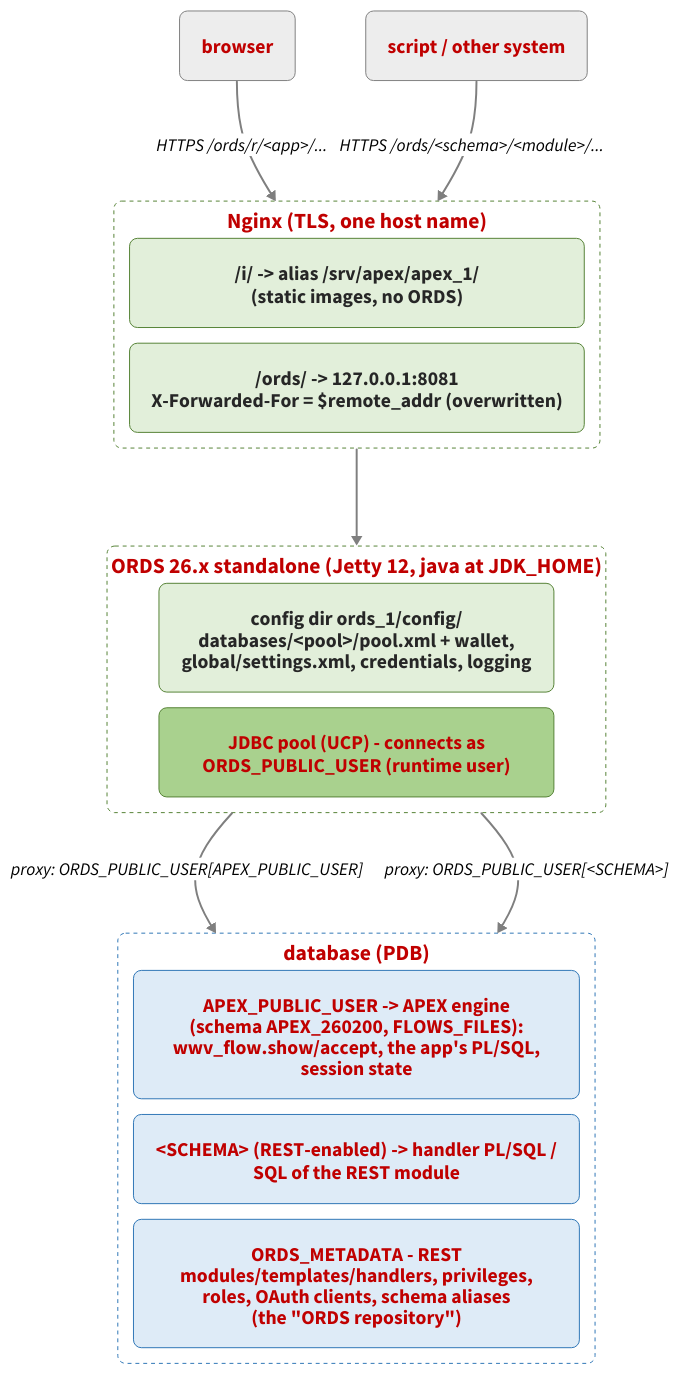
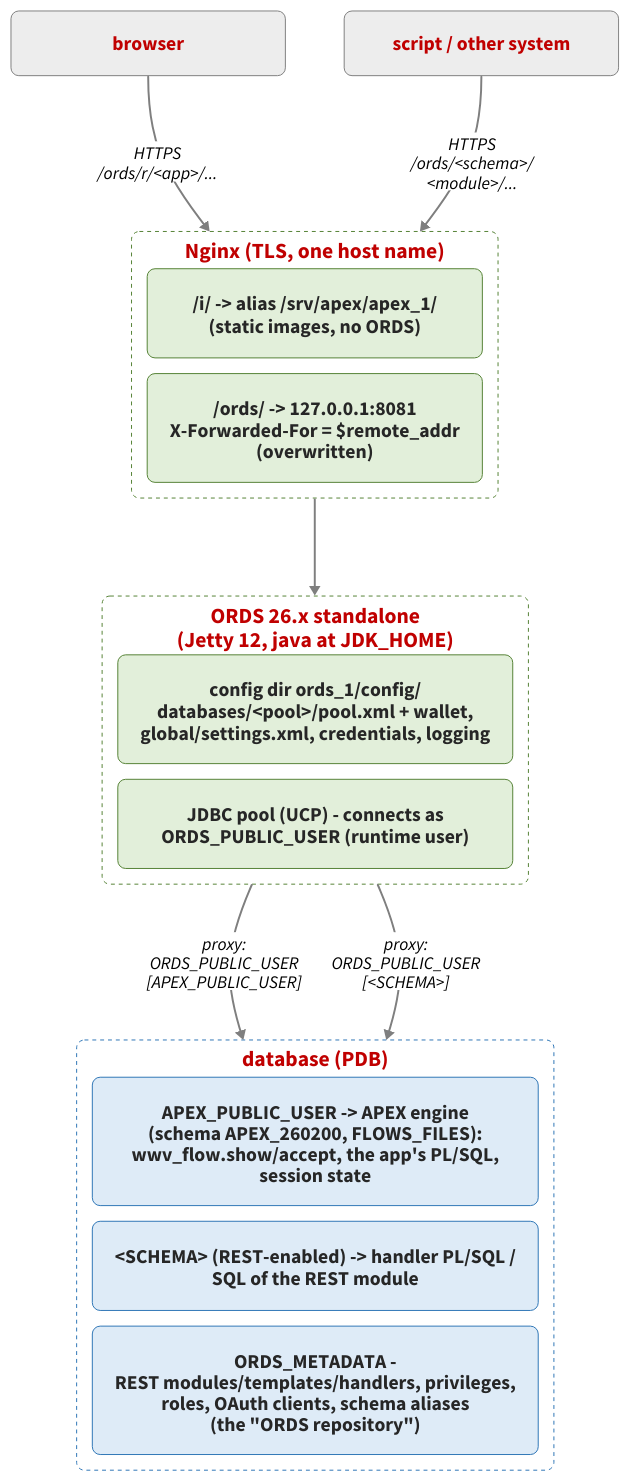
One commit to gpipperr/IHateWeblogic changed the diagram in 80-FMW-Architecture/diagrams/apex-parts.d2. Above: the diagram before and after it, drawn with D2. The commit also changed 3 other files, not shown here.

Commit message:
apex_architecture.md diagram: layout dagre, connection labels in up to three short lines, wider source boxes - no overlapping labels (822 px).

```diff
--- a/80-FMW-Architecture/diagrams/apex-parts.d2
+++ b/80-FMW-Architecture/diagrams/apex-parts.d2
@@ -1,120 +1,110 @@
 direction: down
 
 classes: {
   ext: {
+    width: 280
     style: {
       fill: "#EDEDED"
       stroke: "#7F7F7F"
       border-radius: 8
       stroke-width: 1
       shadow: false
       3d: false
       font-size: 20
       font-color: "#C00000"
     }
   }
-  mw_zone: {
+  mw_line: {
+    style: {
+      fill: "#E2EFDA"
+      stroke: "#548235"
+      border-radius: 8
+      stroke-width: 1
+      shadow: false
+      3d: false
+      font-size: 20
+      font-color: "#262626"
+    }
+  }
+  db_line: {
+    shape: rectangle
+    style: {
+      fill: "#DEEBF7"
+      stroke: "#2E75B6"
+      border-radius: 8
+      stroke-width: 1
+      shadow: false
+      3d: false
+      font-size: 20
+      font-color: "#262626"
+    }
+  }
+  mw_box: {
     grid-columns: 1
     grid-gap: 16
     style: {
       fill: "#FFFFFF"
       stroke: "#548235"
       stroke-dash: 4
       border-radius: 8
       stroke-width: 1
       shadow: false
       3d: false
       font-size: 22
       bold: true
       font-color: "#C00000"
     }
   }
-  mw_part: {
-    style: {
-      fill: "#E2EFDA"
-      stroke: "#548235"
-      border-radius: 8
-      stroke-width: 1
-      shadow: false
-      3d: false
-      font-size: 20
-      font-color: "#262626"
-    }
-  }
-  mw_main: {
-    style: {
-      fill: "#A9D18E"
-      stroke: "#548235"
-      border-radius: 8
-      stroke-width: 1
-      shadow: false
-      3d: false
-      font-size: 20
-      font-color: "#C00000"
-    }
-  }
-  db_zone: {
+  db_box: {
     grid-columns: 1
     grid-gap: 16
     style: {
       fill: "#FFFFFF"
       stroke: "#2E75B6"
       stroke-dash: 4
       border-radius: 8
       stroke-width: 1
       shadow: false
       3d: false
       font-size: 22
       bold: true
-      font-color: "#C00000"
-    }
-  }
-  db_part: {
-    style: {
-      fill: "#DEEBF7"
-      stroke: "#2E75B6"
-      border-radius: 8
-      stroke-width: 1
-      shadow: false
-      3d: false
-      font-size: 20
       font-color: "#C00000"
     }
   }
   conn: {
     style: {
       stroke: "#7F7F7F"
       stroke-width: 2
       font-color: "#000000"
       font-size: 18
     }
   }
 }
 
 browser: "browser" {class: ext}
 script: "script / other system" {class: ext}
 
 nginx: "Nginx (TLS, one host name)" {
-  class: mw_zone
-  images: "/i/  -> alias /srv/apex/apex_1/\n(static images, no ORDS)" {class: mw_part}
-  ords_route: "/ords/ -> 127.0.0.1:8081\nX-Forwarded-For = \$remote_addr (overwritten)" {class: mw_part}
+  class: mw_box
+  n1: "/i/  -> alias /srv/apex/apex_1/\n(static images, no ORDS)" {class: mw_line}
+  n2: "/ords/ -> 127.0.0.1:8081\nX-Forwarded-For = \$remote_addr\n(overwritten)" {class: mw_line}
 }
 
-ords: "ORDS 26.x standalone (Jetty 12, java at JDK_HOME)" {
-  class: mw_zone
-  config: "config dir  ords_1/config/\ndatabases/<pool>/pool.xml + wallet,\nglobal/settings.xml, credentials, logging" {class: mw_part}
-  pool: "JDBC pool (UCP) - connects as\nORDS_PUBLIC_USER (runtime user)" {class: mw_main}
+ords: "ORDS 26.x standalone\n(Jetty 12, java at JDK_HOME)" {
+  class: mw_box
+  o1: "config dir  ords_1/config/\ndatabases/<pool>/pool.xml + wallet,\nglobal/settings.xml, credentials, logging" {class: mw_line}
+  o2: "JDBC pool (UCP) - connects as\nORDS_PUBLIC_USER (runtime user)" {class: mw_line}
 }
 
 db: "database (PDB)" {
-  class: db_zone
-  apex_public: "APEX_PUBLIC_USER -> APEX engine\n(schema APEX_260200, FLOWS_FILES):\nwwv_flow.show/accept, the app's PL/SQL,\nsession state" {class: db_part}
-  rest_schema: "<SCHEMA> (REST-enabled) -> handler PL/SQL /\nSQL of the REST module" {class: db_part}
-  ords_metadata: "ORDS_METADATA  - REST\nmodules/templates/handlers, privileges,\nroles, OAuth clients, schema aliases\n(the \"ORDS repository\")" {class: db_part}
+  class: db_box
+  d1: "APEX_PUBLIC_USER -> APEX engine\n(schema APEX_260200, FLOWS_FILES):\nwwv_flow.show/accept, the app's PL/SQL,\nsession state" {class: db_line}
+  d2: "<SCHEMA> (REST-enabled) -> handler PL/SQL /\nSQL of the REST module" {class: db_line}
+  d3: "ORDS_METADATA  -\nREST modules/templates/handlers, privileges,\nroles, OAuth clients, schema aliases\n(the \"ORDS repository\")" {class: db_line}
 }
 
-browser -> nginx: "HTTPS  /ords/r/<app>/..." {class: conn}
-script -> nginx: "HTTPS  /ords/<schema>/<module>/..." {class: conn}
-nginx -> ords: "" {class: conn}
-ords -> db: "proxy: ORDS_PUBLIC_USER[APEX_PUBLIC_USER]" {class: conn}
-ords -> db: "proxy: ORDS_PUBLIC_USER[<SCHEMA>]" {class: conn}
+browser -> nginx: "HTTPS\n/ords/r/<app>/..." {class: conn}
+script -> nginx: "HTTPS\n/ords/<schema>/\n<module>/..." {class: conn}
+nginx -> ords {class: conn}
+ords -> db: "proxy:\nORDS_PUBLIC_USER\n[APEX_PUBLIC_USER]" {class: conn}
+ords -> db: "proxy:\nORDS_PUBLIC_USER\n[<SCHEMA>]" {class: conn}
```
